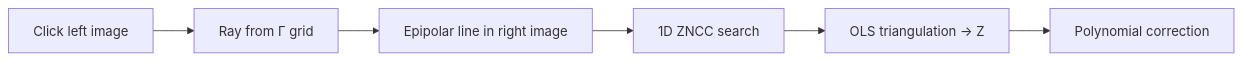
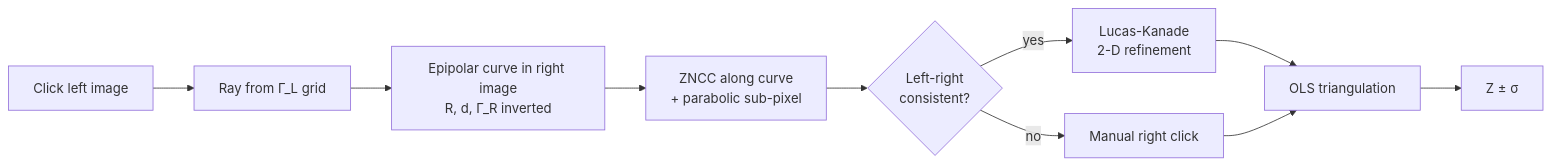
Before and after one commit to GEV44/stereo-distance-calculator: the diagram in README.md, drawn with Mermaid. The commit also changed other lines of this file and 11 other files, not shown here.

````diff
--- a/README.md
+++ b/README.md
@@ -27,8 +38,12 @@
 ```mermaid
 flowchart LR
-    A[Click left image] --> B[Ray from Γ grid]
-    B --> C[Epipolar line in right image]
-    C --> D[1D ZNCC search]
-    D --> E[OLS triangulation → Z]
-    E --> F[Polynomial correction]
+    A[Click left image] --> B[Ray from Γ_L grid]
+    B --> C[Epipolar curve in right image<br/>R, d, Γ_R inverted]
+    C --> D[ZNCC along curve<br/>+ parabolic sub-pixel]
+    D --> E{Left-right<br/>consistent?}
+    E -- yes --> F[Lucas-Kanade<br/>2-D refinement]
+    E -- no --> M[Manual right click]
+    F --> G[OLS triangulation]
+    M --> G
+    G --> H[Z ± σ]
 ```
````
